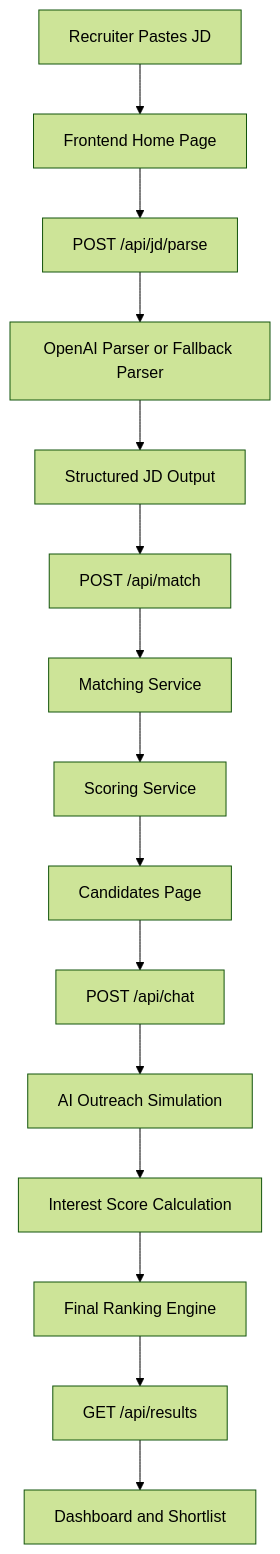
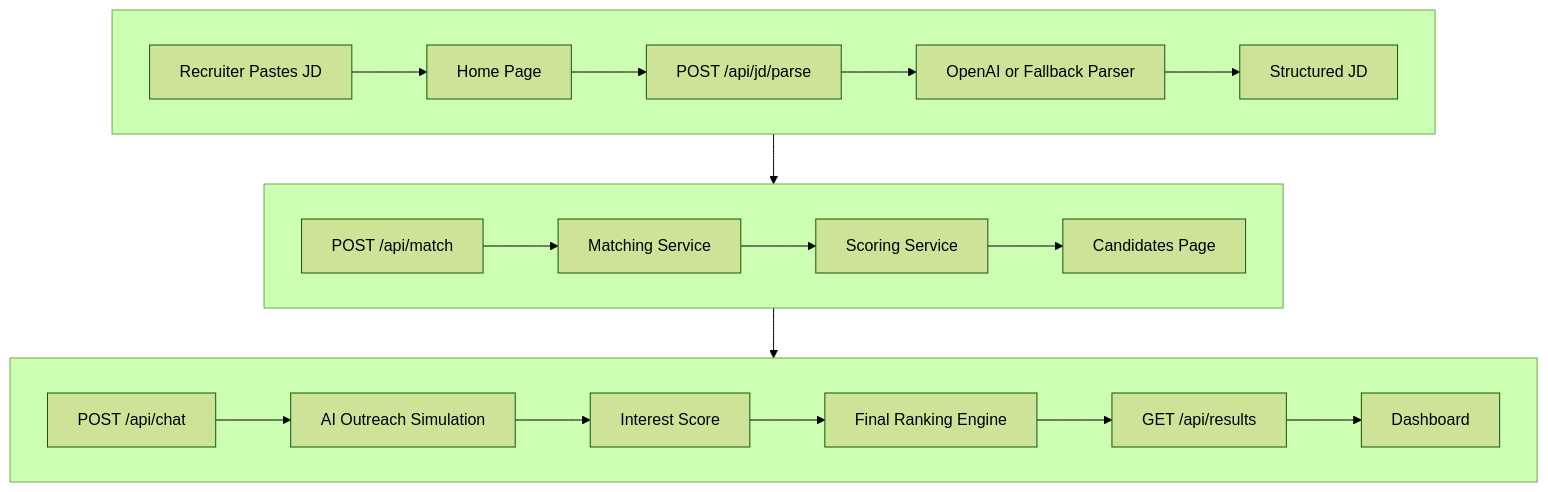
The diagram in README.md (Nishu-06/ai-talent-scouting-agent), drawn with Mermaid (forest theme) before and after one commit.

Commit message:
Improve architecture diagram readability in README

````diff
--- a/README.md
+++ b/README.md
@@ -163,17 +163,20 @@
 ```mermaid
-flowchart TD
-    A["Recruiter Pastes JD"] --> B["Frontend Home Page"]
-    B --> C["POST /api/jd/parse"]
-    C --> D["OpenAI Parser or Fallback Parser"]
-    D --> E["Structured JD Output"]
-    E --> F["POST /api/match"]
-    F --> G["Matching Service"]
-    G --> H["Scoring Service"]
-    H --> I["Candidates Page"]
-    I --> J["POST /api/chat"]
-    J --> K["AI Outreach Simulation"]
-    K --> L["Interest Score Calculation"]
-    L --> M["Final Ranking Engine"]
-    M --> N["GET /api/results"]
-    N --> O["Dashboard and Shortlist"]
+flowchart TB
+    subgraph Row1[" "]
+        direction LR
+        A["Recruiter Pastes JD"] --> B["Home Page"] --> C["POST /api/jd/parse"] --> D["OpenAI or Fallback Parser"] --> E["Structured JD"]
+    end
+
+    subgraph Row2[" "]
+        direction LR
+        F["POST /api/match"] --> G["Matching Service"] --> H["Scoring Service"] --> I["Candidates Page"]
+    end
+
+    subgraph Row3[" "]
+        direction LR
+        J["POST /api/chat"] --> K["AI Outreach Simulation"] --> L["Interest Score"] --> M["Final Ranking Engine"] --> N["GET /api/results"] --> O["Dashboard"]
+    end
+
+    E --> F
+    I --> J
 ```
````
